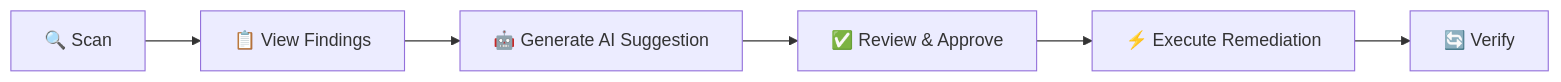
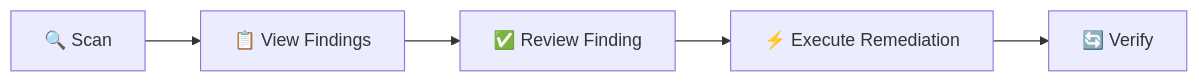
The diagram in README.md (rizy44/secops-misconfig-detection-and-remediation), drawn with Mermaid before and after one commit. The commit also changed other lines of this file and 9 other files, not shown here.

````diff
--- a/README.md
+++ b/README.md
@@ -366,8 +359,7 @@
 ```mermaid
 graph LR
     A[🔍 Scan] --> B[📋 View Findings]
-    B --> C[🤖 Generate AI Suggestion]
-    C --> D[✅ Review & Approve]
-    D --> E[⚡ Execute Remediation]
-    E --> F[🔄 Verify]
+    B --> C[✅ Review Finding]
+    C --> D[⚡ Execute Remediation]
+    D --> E[🔄 Verify]
 ```
````
